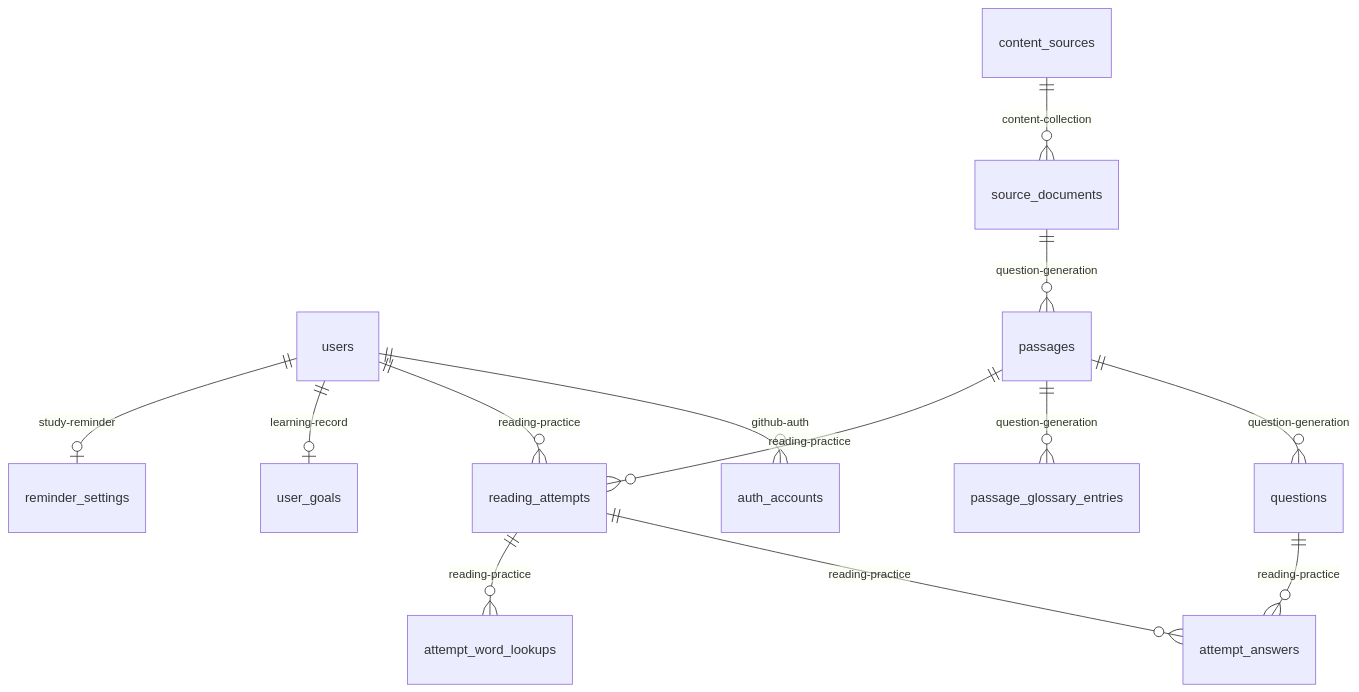
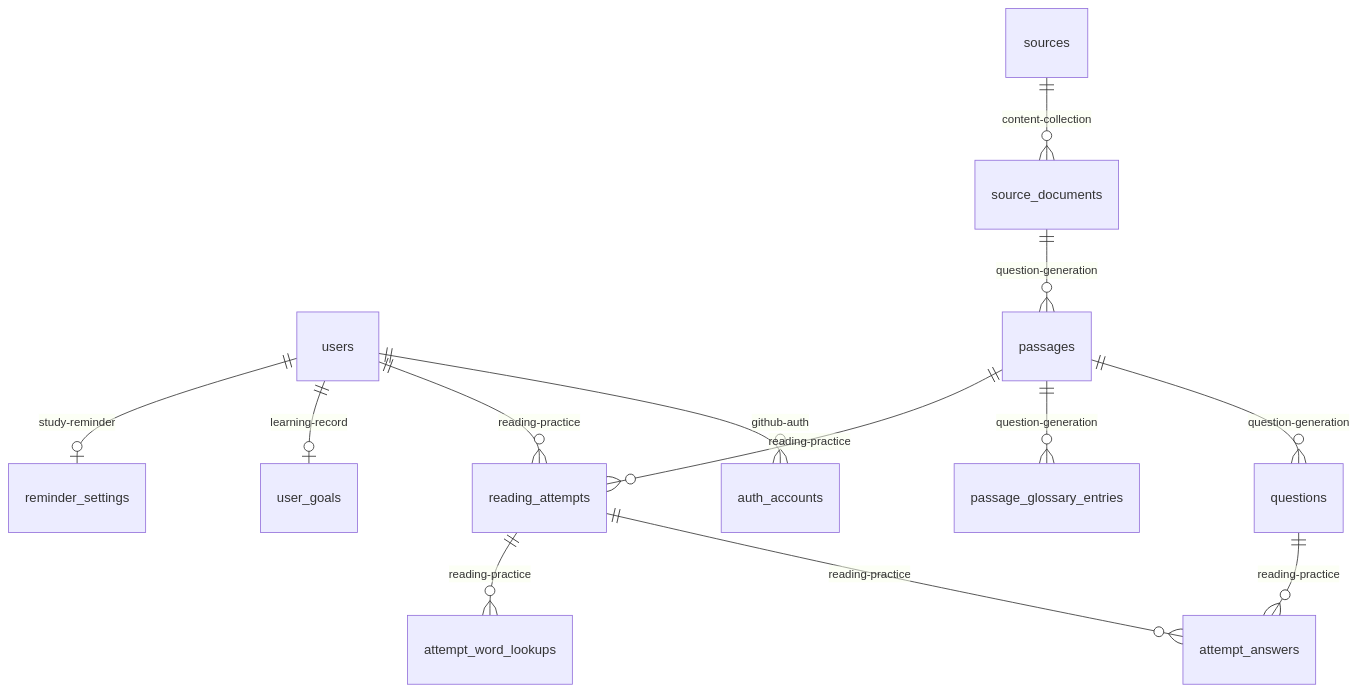
Before and after one commit to kentakki416/tech-english: the fourth of 5 diagrams in docs/spec/product-overview/README.md, drawn with Mermaid. The commit also changed other lines of this file and 201 other files, not shown here.

Commit message:
refactor: ソースの名前を content-source から source にそろえる（テーブル・API の path・admin の URL・識別子・ファイル名）

````diff
--- a/docs/spec/product-overview/README.md
+++ b/docs/spec/product-overview/README.md
@@ -571,15 +571,15 @@
 ```mermaid
 erDiagram
     users ||--o{ auth_accounts : "github-auth"
     users ||--o{ reading_attempts : "reading-practice"
     users ||--o| user_goals : "learning-record"
     users ||--o| reminder_settings : "study-reminder"
-    content_sources ||--o{ source_documents : "content-collection"
+    sources ||--o{ source_documents : "content-collection"
     source_documents ||--o{ passages : "question-generation"
     passages ||--o{ questions : "question-generation"
     passages ||--o{ passage_glossary_entries : "question-generation"
     passages ||--o{ reading_attempts : "reading-practice"
     reading_attempts ||--o{ attempt_answers : "reading-practice"
     questions ||--o{ attempt_answers : "reading-practice"
     reading_attempts ||--o{ attempt_word_lookups : "reading-practice"
 ```
````
